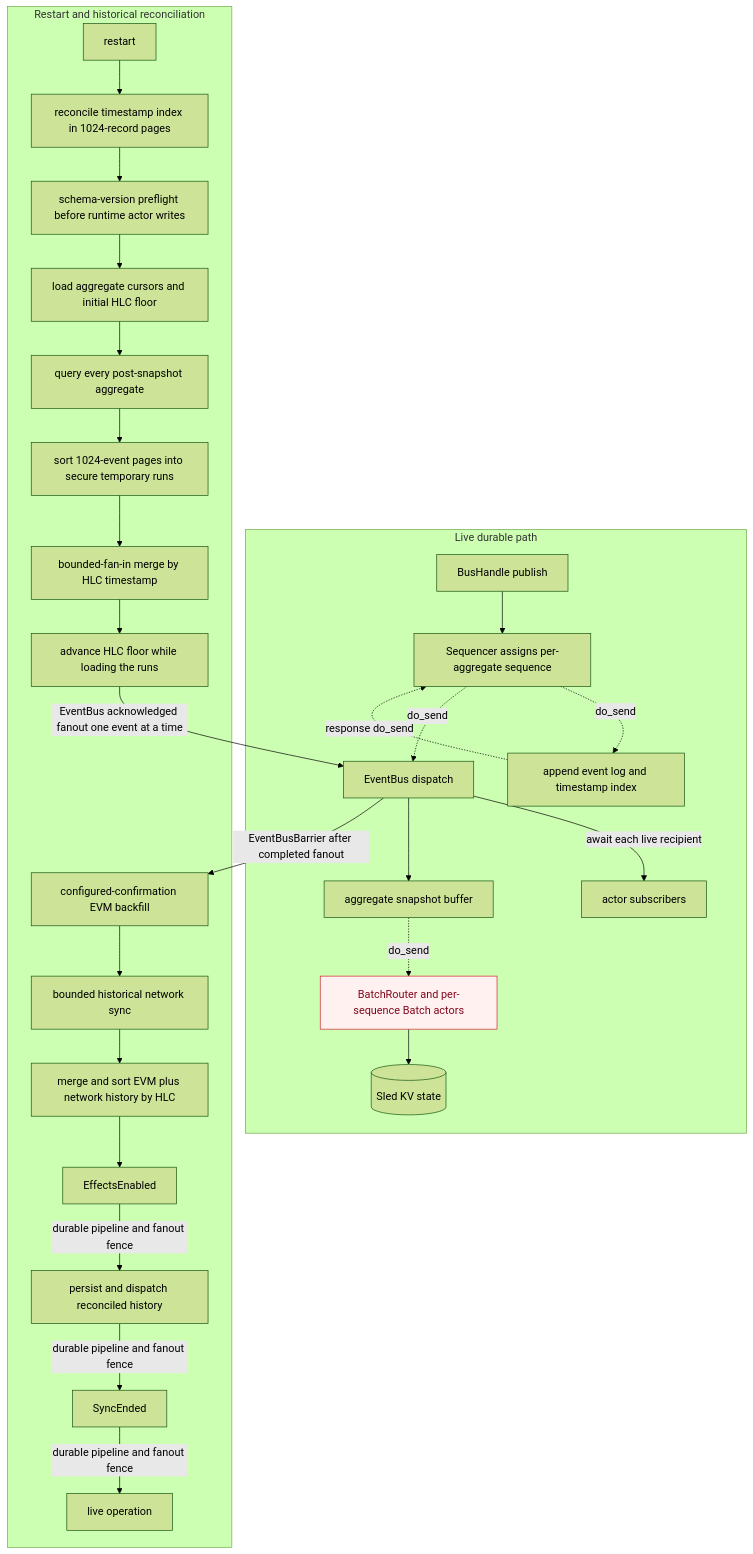
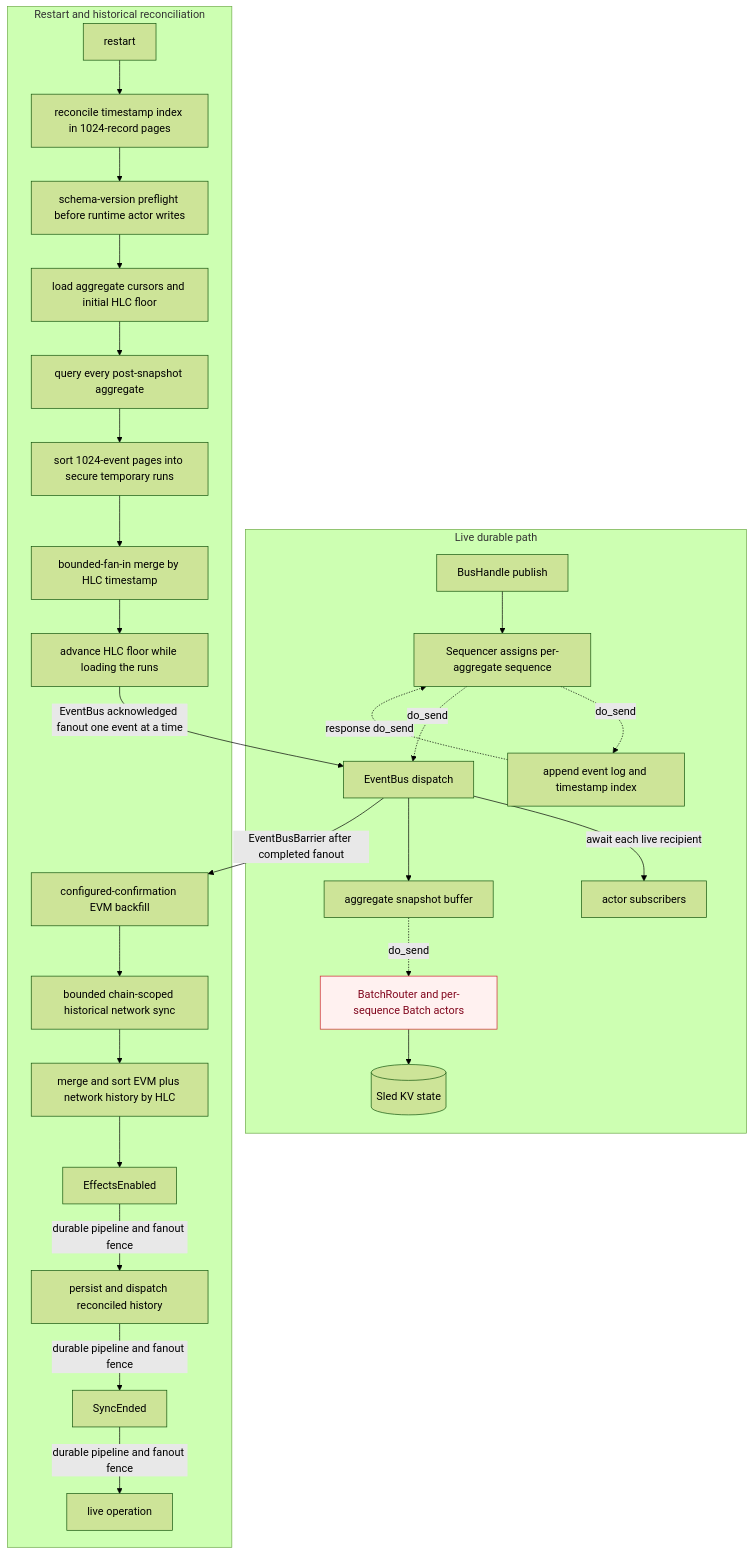
One commit to auryn-macmillan/enclave changed the fifth of 15 diagrams in agent/CRATES_ARCHITECTURE.md. Above: the diagram before and after it, drawn with Mermaid (forest theme). The commit also changed other lines of this file and 47 other files, not shown here.

````diff
--- a/agent/CRATES_ARCHITECTURE.md
+++ b/agent/CRATES_ARCHITECTURE.md
@@ -328,34 +328,34 @@
 ```mermaid
 flowchart TD
     subgraph LivePath[Live durable path]
         Publish[BusHandle publish] --> Sequencer[Sequencer assigns per-aggregate sequence]
         Sequencer -. do_send .-> EventStore[append event log and timestamp index]
         EventStore -. response do_send .-> Sequencer
         Sequencer -. do_send .-> Dispatch[EventBus dispatch]
         Dispatch -->|await each live recipient| Subscribers[actor subscribers]
         Dispatch --> SnapshotBuffer[aggregate snapshot buffer]
         SnapshotBuffer -. do_send .-> SnapshotRouter[BatchRouter and per-sequence Batch actors]
         SnapshotRouter --> Repositories[(Sled KV state)]
     end
 
     subgraph Recovery[Restart and historical reconciliation]
         Restart[restart] --> Index[reconcile timestamp index in 1024-record pages]
         Index --> Schema[schema-version preflight before runtime actor writes]
         Schema --> SnapshotMeta[load aggregate cursors and initial HLC floor]
         SnapshotMeta --> Query[query every post-snapshot aggregate]
         Query --> Runs[sort 1024-event pages into secure temporary runs]
         Runs --> GlobalOrder[bounded-fan-in merge by HLC timestamp]
         GlobalOrder --> ReplayFloor[advance HLC floor while loading the runs]
         ReplayFloor -->|EventBus acknowledged fanout one event at a time| Dispatch
         Dispatch -->|EventBusBarrier after completed fanout| EvmBackfill[configured-confirmation EVM backfill]
-        EvmBackfill --> NetBackfill[bounded historical network sync]
+        EvmBackfill --> NetBackfill[bounded chain-scoped historical network sync]
         NetBackfill --> Merge[merge and sort EVM plus network history by HLC]
         Merge --> Enable[EffectsEnabled]
         Enable -->|durable pipeline and fanout fence| PersistHistory[persist and dispatch reconciled history]
         PersistHistory -->|durable pipeline and fanout fence| End[SyncEnded]
         End -->|durable pipeline and fanout fence| Live[live operation]
     end
 
     classDef residual fill:#fff1f0,stroke:#cf222e,color:#82071e
     class SnapshotRouter residual
 ```
````
